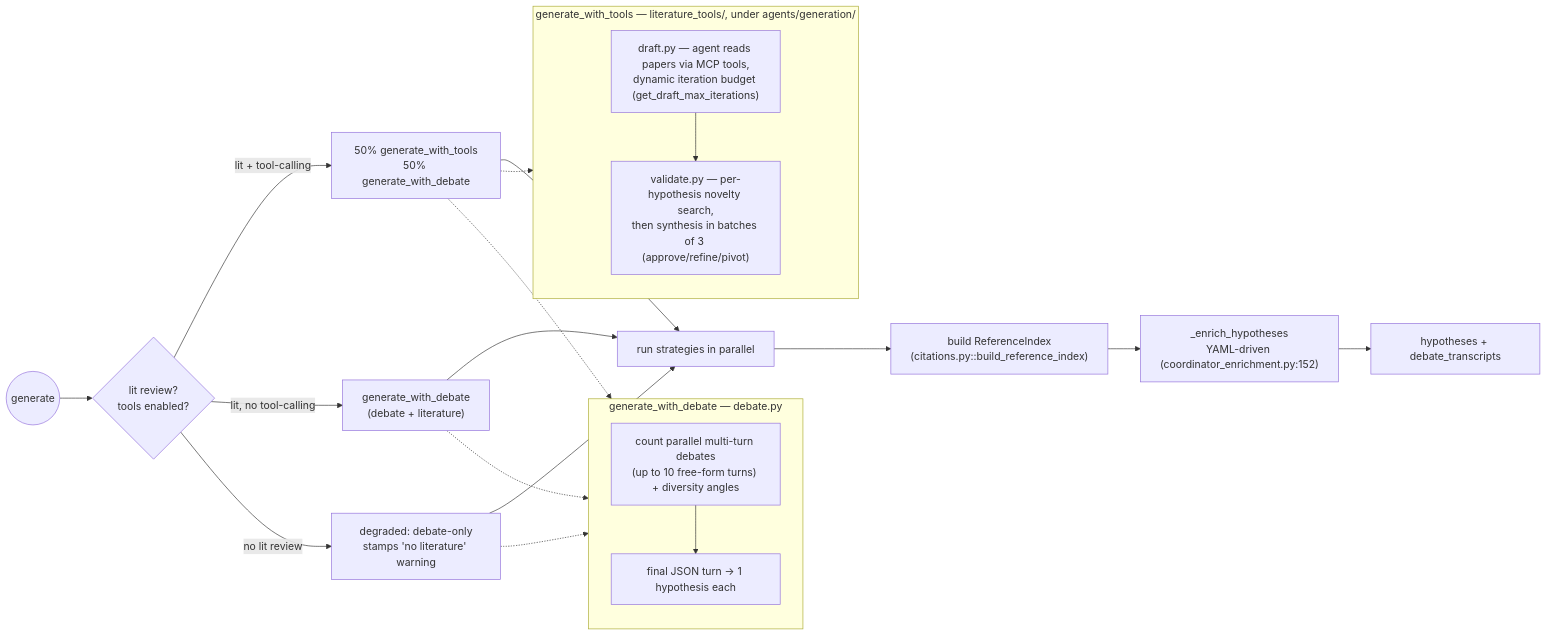
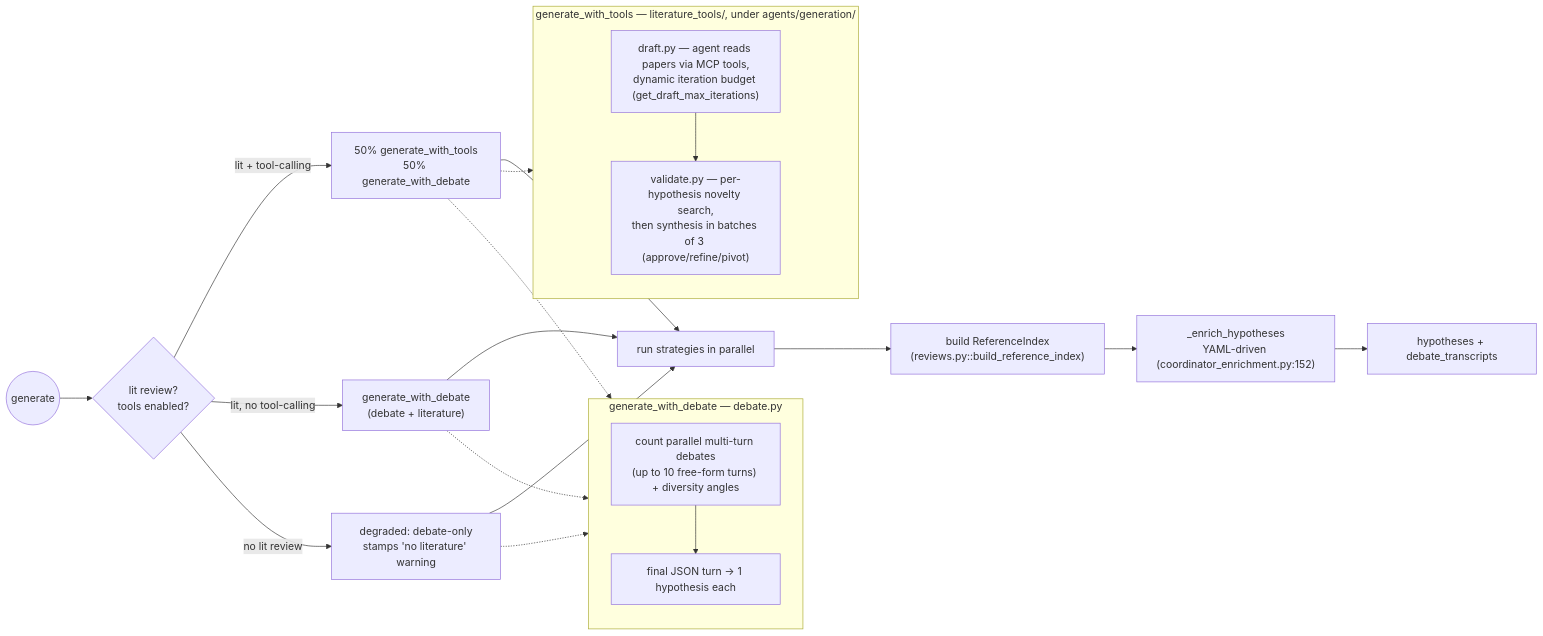
One commit to guy915/Co-Scientist changed the second of 4 diagrams in docs/EXPLAINER.md. Above: the diagram before and after it, drawn with Mermaid. The commit also changed other lines of this file and 2087 other files, not shown here.

````diff
--- a/docs/EXPLAINER.md
+++ b/docs/EXPLAINER.md
@@ -162,31 +162,31 @@
 ```mermaid
 flowchart LR
   START((generate))
   START --> COND{"lit review?<br/>tools enabled?"}
   COND -->|"lit + tool-calling"| MIX["50% generate_with_tools<br/>50% generate_with_debate"]
   COND -->|"lit, no tool-calling"| DEB["generate_with_debate<br/>(debate + literature)"]
   COND -->|"no lit review"| DEG["degraded: debate-only<br/>stamps 'no literature' warning"]
 
   MIX --> PAR["run strategies in parallel"]
   DEB --> PAR
   DEG --> PAR
-  PAR --> RI["build ReferenceIndex<br/>(citations.py::build_reference_index)"]
+  PAR --> RI["build ReferenceIndex<br/>(reviews.py::build_reference_index)"]
   RI --> ENR["_enrich_hypotheses<br/>YAML-driven (coordinator_enrichment.py:152)"]
   ENR --> OUT["hypotheses + debate_transcripts"]
 
   subgraph Tools [generate_with_tools — literature_tools/, under agents/generation/]
     D["draft.py — agent reads papers via MCP tools,<br/>dynamic iteration budget (get_draft_max_iterations)"]
     V["validate.py — per-hypothesis novelty search,<br/>then synthesis in batches of 3 (approve/refine/pivot)"]
     D --> V
   end
   MIX -.-> Tools
 
   subgraph Debate [generate_with_debate — debate.py]
     T["count parallel multi-turn debates<br/>(up to 10 free-form turns) + diversity angles"]
     F["final JSON turn → 1 hypothesis each"]
     T --> F
   end
   MIX -.-> Debate
   DEB -.-> Debate
   DEG -.-> Debate
 ```
````
